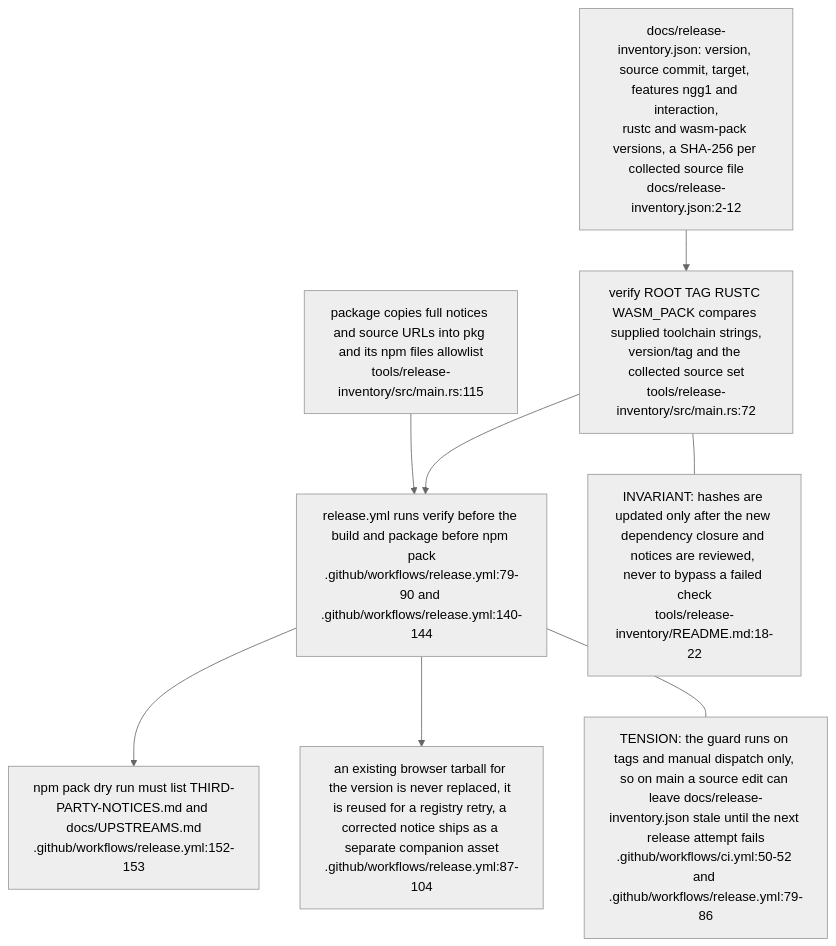
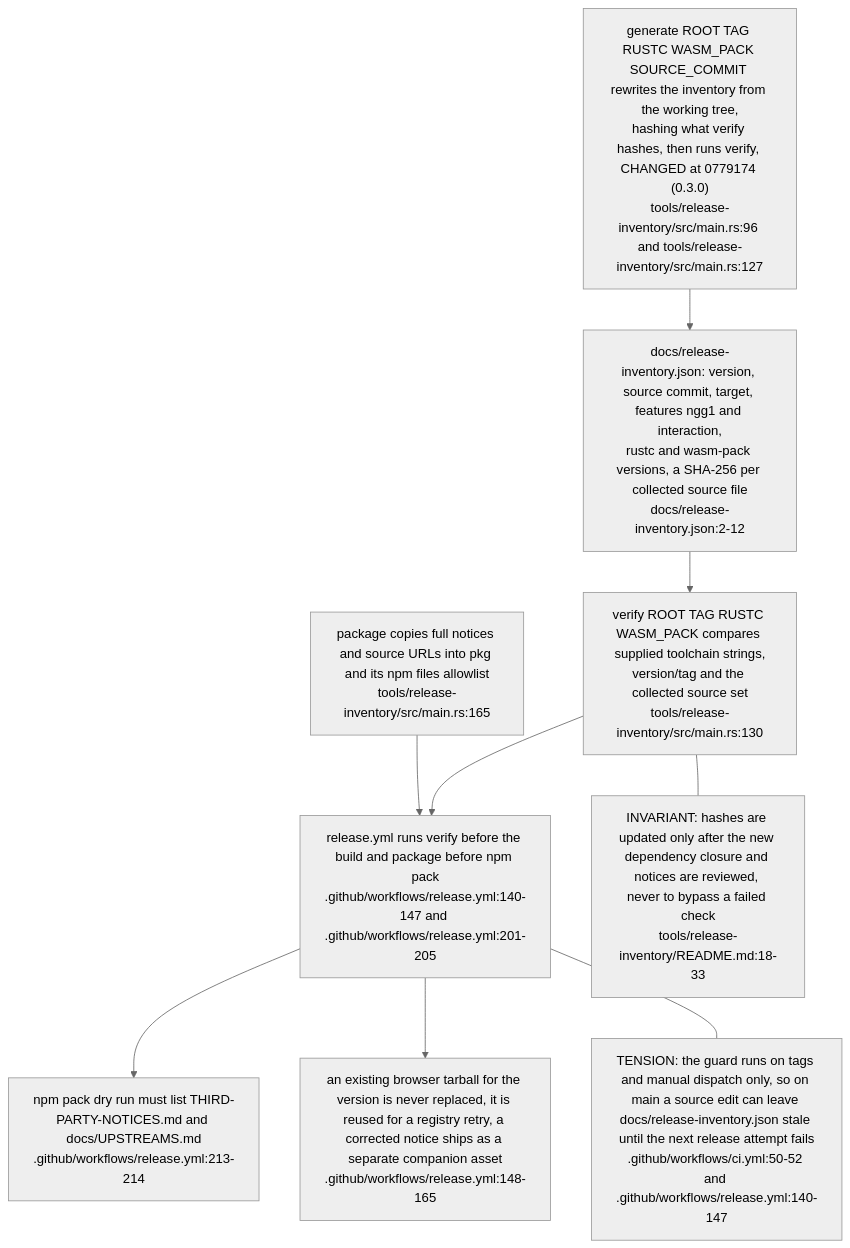
One commit to DreamLab-AI/VisionFlow changed the sixth of 6 diagrams in docs/diagrams/vowl-wasm/05-build-test-bench-and-publish.md. Above: the diagram before and after it, drawn with Mermaid (neutral theme). The commit also changed other lines of this file and 5 other files, not shown here.

First line of the commit message:
docs(diagrams): vowl-wasm re-verified at v0.4.0 (0779174)

````diff
--- a/docs/diagrams/vowl-wasm/05-build-test-bench-and-publish.md
+++ b/docs/diagrams/vowl-wasm/05-build-test-bench-and-publish.md
@@ -118,18 +123,20 @@
 ```mermaid
 flowchart TB
     INVJ["docs/release-inventory.json: version, source commit, target, features ngg1 and interaction,<br/>rustc and wasm-pack versions, a SHA-256 per collected source file<br/>docs/release-inventory.json:2-12"]
-    VER["verify ROOT TAG RUSTC WASM_PACK compares supplied toolchain strings,<br/>version/tag and the collected source set<br/>tools/release-inventory/src/main.rs:72"]
-    PKG["package copies full notices and source URLs into pkg and its npm files allowlist<br/>tools/release-inventory/src/main.rs:115"]
-    REL["release.yml runs verify before the build and package before npm pack<br/>.github/workflows/release.yml:79-90 and .github/workflows/release.yml:140-144"]
-    DRY["npm pack dry run must list THIRD-PARTY-NOTICES.md and docs/UPSTREAMS.md<br/>.github/workflows/release.yml:152-153"]
-    FROZEN["an existing browser tarball for the version is never replaced, it is reused for a registry retry, a corrected notice ships as a separate companion asset<br/>.github/workflows/release.yml:87-104"]
+    GEN["generate ROOT TAG RUSTC WASM_PACK SOURCE_COMMIT rewrites the inventory from the working tree,<br/>hashing what verify hashes, then runs verify, CHANGED at 0779174 (0.3.0)<br/>tools/release-inventory/src/main.rs:96 and tools/release-inventory/src/main.rs:127"]
+    VER["verify ROOT TAG RUSTC WASM_PACK compares supplied toolchain strings,<br/>version/tag and the collected source set<br/>tools/release-inventory/src/main.rs:130"]
+    PKG["package copies full notices and source URLs into pkg and its npm files allowlist<br/>tools/release-inventory/src/main.rs:165"]
+    REL["release.yml runs verify before the build and package before npm pack<br/>.github/workflows/release.yml:140-147 and .github/workflows/release.yml:201-205"]
+    DRY["npm pack dry run must list THIRD-PARTY-NOTICES.md and docs/UPSTREAMS.md<br/>.github/workflows/release.yml:213-214"]
+    FROZEN["an existing browser tarball for the version is never replaced, it is reused for a registry retry, a corrected notice ships as a separate companion asset<br/>.github/workflows/release.yml:148-165"]
     INVJ --> VER
+    GEN --> INVJ
     VER --> REL
     PKG --> REL
     REL --> DRY
     REL --> FROZEN
-    N1["INVARIANT: hashes are updated only after the new dependency closure and notices are reviewed, never to bypass a failed check<br/>tools/release-inventory/README.md:18-22"]
-    N2["TENSION: the guard runs on tags and manual dispatch only, so on main a source edit can leave docs/release-inventory.json stale until the next release attempt fails<br/>.github/workflows/ci.yml:50-52 and .github/workflows/release.yml:79-86"]
+    N1["INVARIANT: hashes are updated only after the new dependency closure and notices are reviewed, never to bypass a failed check<br/>tools/release-inventory/README.md:18-33"]
+    N2["TENSION: the guard runs on tags and manual dispatch only, so on main a source edit can leave docs/release-inventory.json stale until the next release attempt fails<br/>.github/workflows/ci.yml:50-52 and .github/workflows/release.yml:140-147"]
     VER --- N1
     REL --- N2
 ```
````
